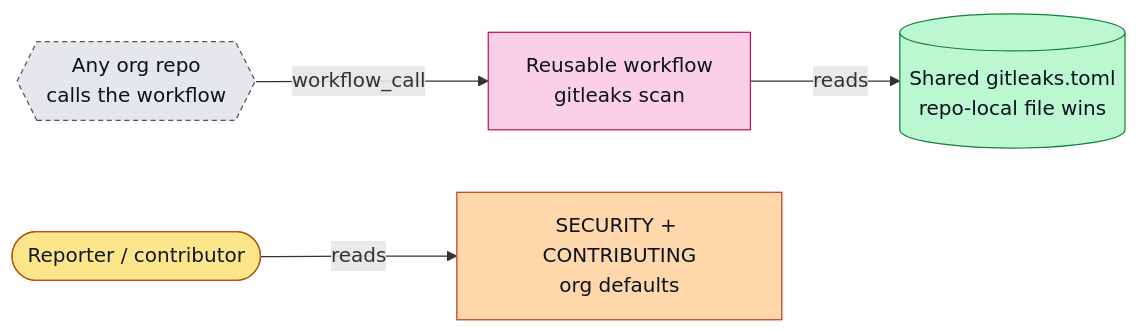
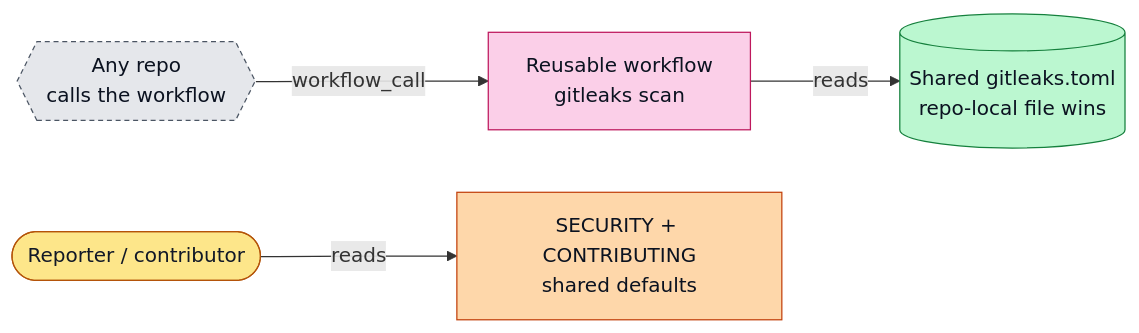
One commit to thefiredev-cloud/.github changed the diagram in README.md. Above: the diagram before and after it, drawn with Mermaid. The commit also changed other lines of this file and 14 other files, not shown here.

````diff
--- a/README.md
+++ b/README.md
@@ -17,16 +17,16 @@
 ```mermaid
 flowchart LR
-  caller{{"Any org repo<br/>calls the workflow"}}:::ext
+  caller{{"Any repo<br/>calls the workflow"}}:::ext
   wf["Reusable workflow<br/>gitleaks scan"]:::job
   cfg[("Shared gitleaks.toml<br/>repo-local file wins")]:::store
-  policy["SECURITY + CONTRIBUTING<br/>org defaults"]:::doc
+  policy["SECURITY + CONTRIBUTING<br/>shared defaults"]:::doc
   reporter(["Reporter / contributor"]):::actor
   caller -->|"workflow_call"| wf
   wf -->|"reads"| cfg
   reporter -->|"reads"| policy
   classDef actor fill:#fde68a,stroke:#b45309,color:#111827
   classDef doc fill:#fed7aa,stroke:#c2410c,color:#0b1220
   classDef ext fill:#e5e7eb,stroke:#4b5563,color:#0b1220,stroke-dasharray:4 3
   classDef job fill:#fbcfe8,stroke:#be185d,color:#0b1220
   classDef store fill:#bbf7d0,stroke:#15803d,color:#0b1220
 ```
````
